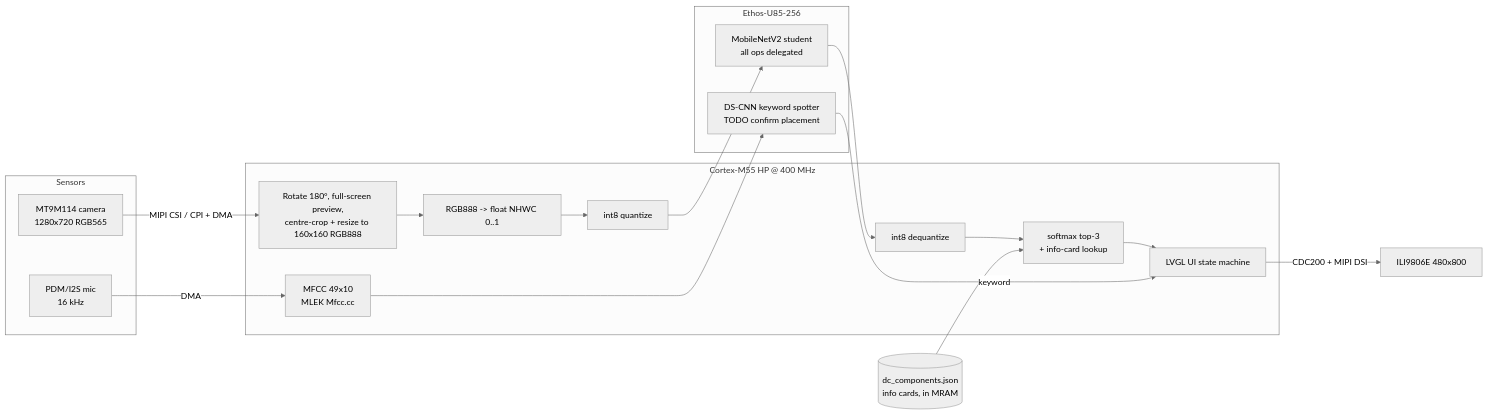
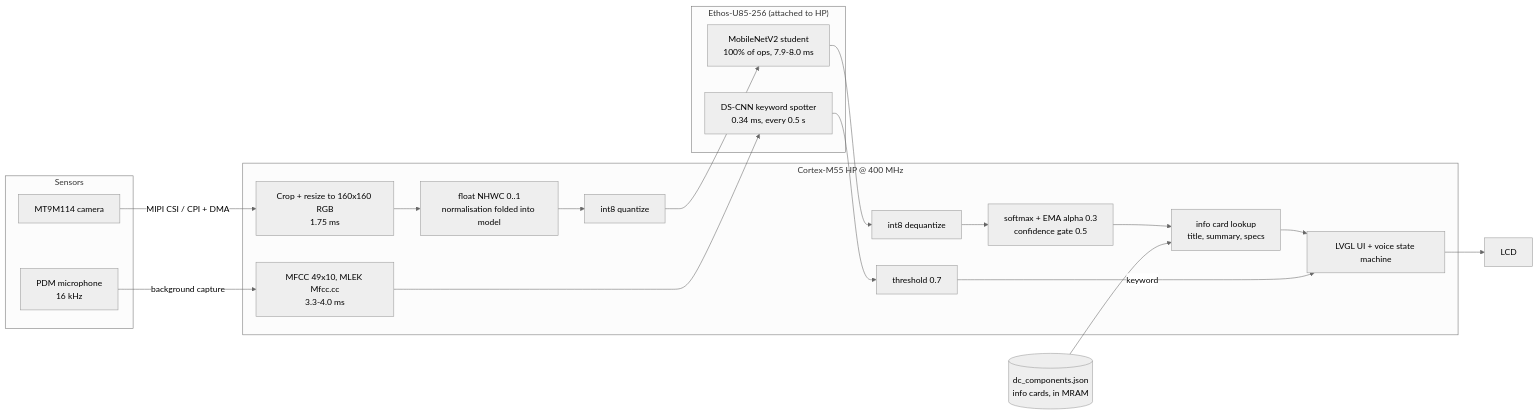
The first of 2 diagrams in dcops/docs/ARCHITECTURE.md (abhijitbetigeri/executorch-alife8), drawn with Mermaid (neutral theme) before and after one commit. The commit also changed other lines of this file and 22 other files, not shown here.

First line of the commit message:
DC-Ops: board-camera fine-tuned model, 5-class demo build, docs

````diff
--- a/dcops/docs/ARCHITECTURE.md
+++ b/dcops/docs/ARCHITECTURE.md
@@ -7,24 +7,26 @@
 ```mermaid
 flowchart LR
   subgraph Sensors
-    CAM[MT9M114 camera<br/>1280x720 RGB565]
-    MIC[PDM/I2S mic<br/>16 kHz]
+    CAM[MT9M114 camera]
+    MIC[PDM microphone<br/>16 kHz]
   end
   subgraph HP["Cortex-M55 HP @ 400 MHz"]
-    PRE[Rotate 180°, full-screen preview,<br/>centre-crop + resize to 160x160 RGB888]
-    CVT[RGB888 -> float NHWC 0..1]
+    PRE[Crop + resize to 160x160 RGB<br/>1.75 ms]
+    CVT[float NHWC 0..1<br/>normalisation folded into model]
     Q[int8 quantize]
     DQ[int8 dequantize]
-    POST[softmax top-3<br/>+ info-card lookup]
-    UI[LVGL UI state machine]
-    MFCC[MFCC 49x10<br/>MLEK Mfcc.cc]
+    POST[softmax + EMA alpha 0.3<br/>confidence gate 0.5]
+    CARD[info card lookup<br/>title, summary, specs]
+    UI[LVGL UI + voice state machine]
+    MFCC[MFCC 49x10, MLEK Mfcc.cc<br/>3.3-4.0 ms]
+    KTH[threshold 0.7]
   end
-  subgraph NPU["Ethos-U85-256"]
-    CLS[MobileNetV2 student<br/>all ops delegated]
-    KWS[DS-CNN keyword spotter<br/>TODO confirm placement]
+  subgraph NPU["Ethos-U85-256 (attached to HP)"]
+    CLS[MobileNetV2 student<br/>100% of ops, 7.9-8.0 ms]
+    KWS[DS-CNN keyword spotter<br/>0.34 ms, every 0.5 s]
   end
-  CAM -- MIPI CSI / CPI + DMA --> PRE --> CVT --> Q --> CLS --> DQ --> POST --> UI
-  MIC -- DMA --> MFCC --> KWS -- keyword --> UI
-  UI -- CDC200 + MIPI DSI --> LCD[ILI9806E 480x800]
-  DB[(dc_components.json<br/>info cards, in MRAM)] --> POST
+  CAM -- MIPI CSI / CPI + DMA --> PRE --> CVT --> Q --> CLS --> DQ --> POST --> CARD --> UI
+  MIC -- background capture --> MFCC --> KWS --> KTH -- keyword --> UI
+  UI --> LCD[LCD]
+  DB[(dc_components.json<br/>info cards, in MRAM)] --> CARD
 ```
````
